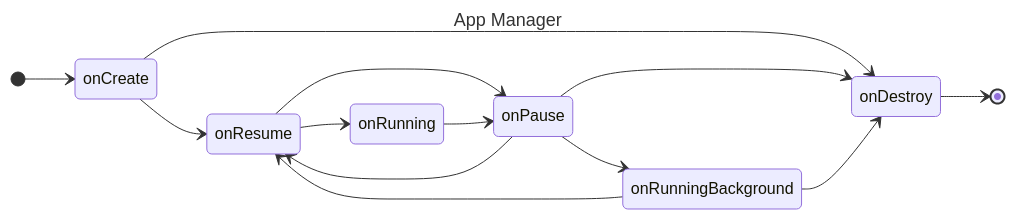
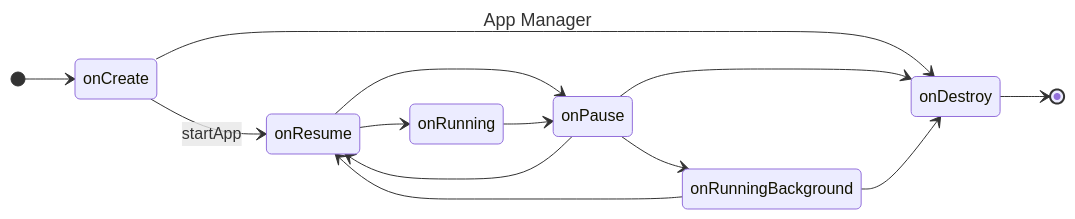
Before and after one commit to HangX-Ma/crisp: the diagram in README.md, drawn with Mermaid. The commit also changed 8 other files, not shown here.

````diff
--- a/README.md
+++ b/README.md
@@ -7,22 +7,22 @@
 ```mermaid
 ---
 title: App Manager
 ---
 stateDiagram-v2
     direction LR
     [*] --> onCreate
-    onCreate --> onResume
+    onCreate --> onResume: startApp
     onCreate --> onDestroy
 
     onResume --> onRunning
     onResume --> onPause
     onRunning --> onPause
     onPause --> onResume
 
     onPause --> onDestroy
     onPause --> onRunningBackground
     onRunningBackground --> onResume
     onRunningBackground --> onDestroy
 
     onDestroy --> [*]
 ```
````
